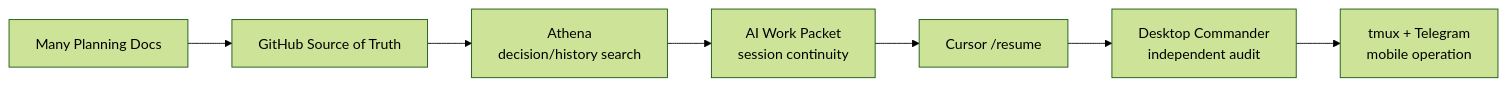
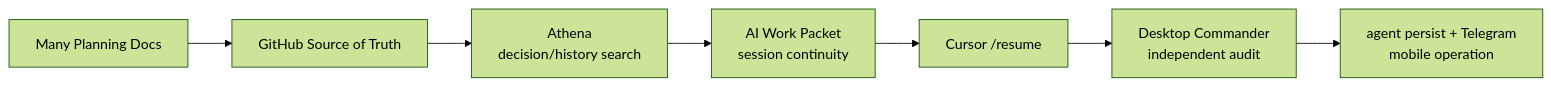
Before and after one commit to datarelay-labs/engineering-system-docs: the diagram in evolution.mdx, drawn with Mermaid (forest theme). The commit also changed other lines of this file and 5 other files, not shown here.

```diff
--- a/evolution.mdx
+++ b/evolution.mdx
@@ -28,9 +28,9 @@
 ~~~mermaid
 flowchart LR
     A["Many Planning Docs"] --> B["GitHub Source of Truth"]
     B --> C["Athena<br/>decision/history search"]
     C --> D["AI Work Packet<br/>session continuity"]
     D --> E["Cursor /resume"]
     E --> F["Desktop Commander<br/>independent audit"]
-    F --> G["tmux + Telegram<br/>mobile operation"]
+    F --> G["agent persist + Telegram<br/>mobile operation"]
 ~~~
```
